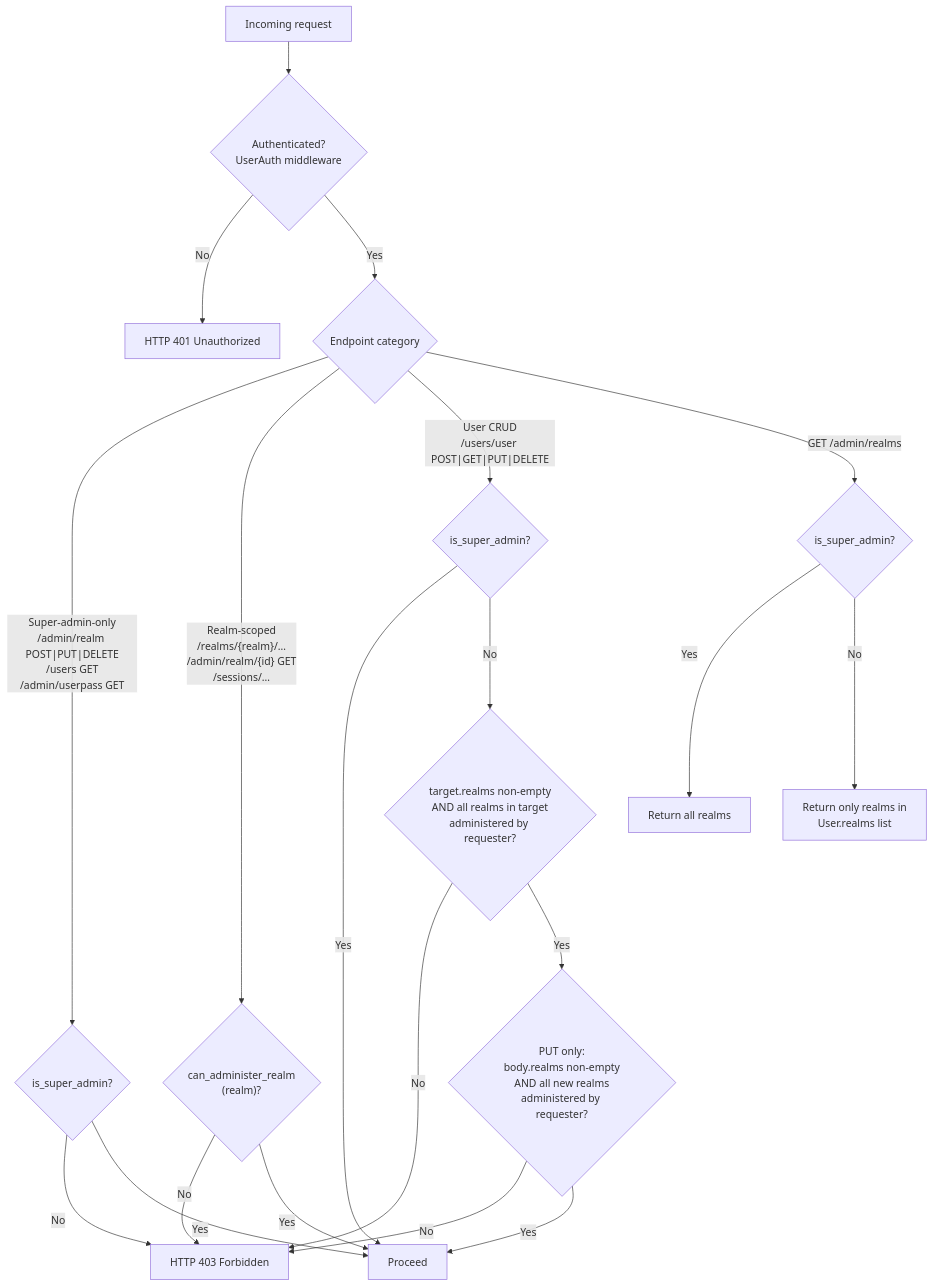
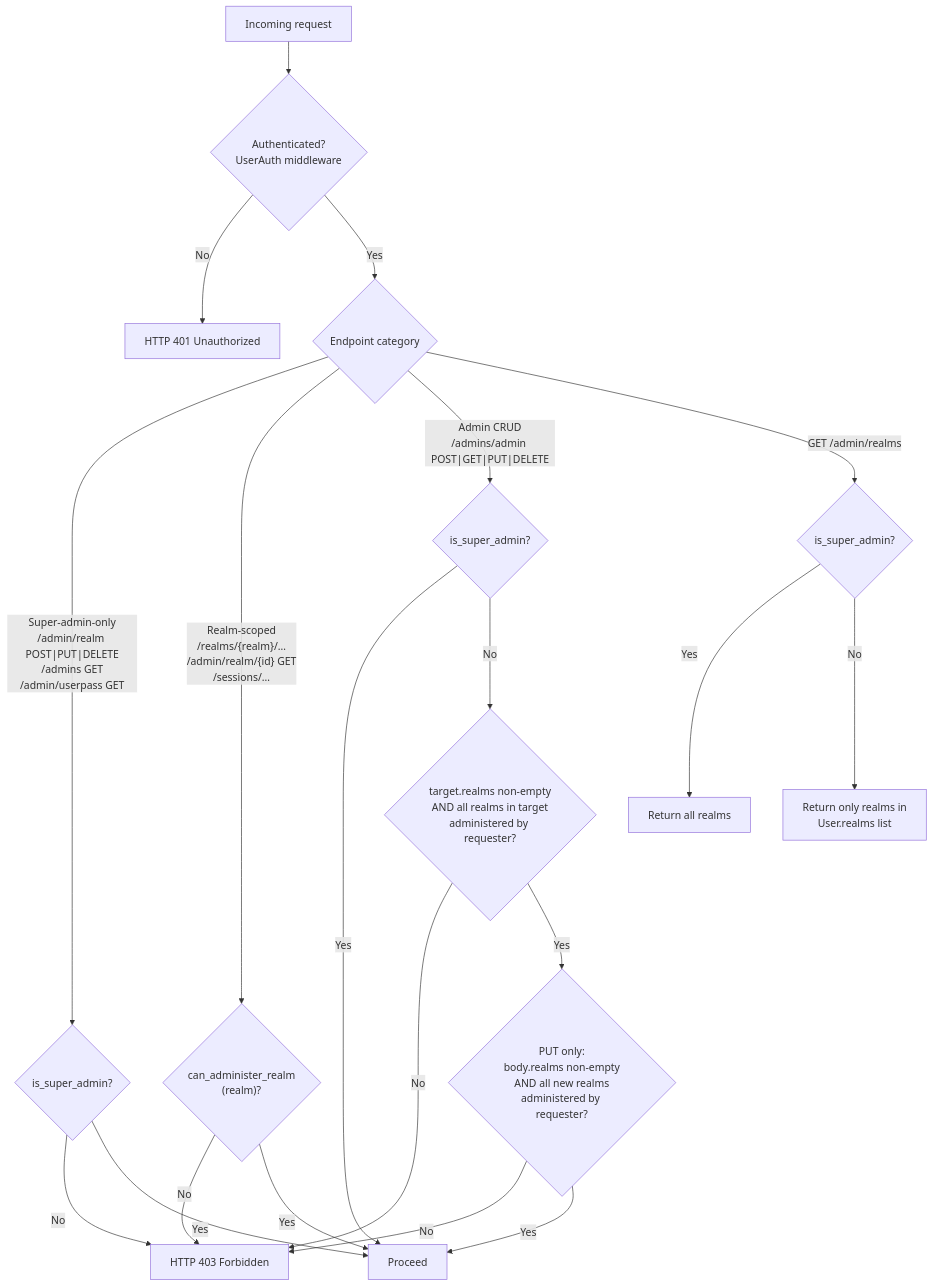
One commit to Cosmian/authentication changed the second of 3 diagrams in server/documentation/authorization_and_administration.md. Above: the diagram before and after it, drawn with Mermaid. The commit also changed other lines of this file and 28 other files, not shown here.

Commit message:
Changed concept User to Admin

````diff
--- a/server/documentation/authorization_and_administration.md
+++ b/server/documentation/authorization_and_administration.md
@@ -66,26 +66,26 @@
 ```mermaid
 flowchart TD
     A[Incoming request] --> B{Authenticated?\nUserAuth middleware}
     B -- No --> Z[HTTP 401 Unauthorized]
     B -- Yes --> C{Endpoint category}
 
-    C -- "Super-admin-only\n/admin/realm POST|PUT|DELETE\n/users GET\n/admin/userpass GET" --> D{is_super_admin?}
+    C -- "Super-admin-only\n/admin/realm POST|PUT|DELETE\n/admins GET\n/admin/userpass GET" --> D{is_super_admin?}
     D -- No --> E[HTTP 403 Forbidden]
     D -- Yes --> F[Proceed]
 
     C -- "Realm-scoped\n/realms/{realm}/…\n/admin/realm/{id} GET\n/sessions/…" --> G{"can_administer_realm\n(realm)?"}
     G -- No --> E
     G -- Yes --> F
 
-    C -- "User CRUD\n/users/user POST|GET|PUT|DELETE" --> SA{is_super_admin?}
+    C -- "Admin CRUD\n/admins/admin POST|GET|PUT|DELETE" --> SA{is_super_admin?}
     SA -- Yes --> F
     SA -- No --> OWN{"target.realms non-empty\nAND all realms in target\nadministered by requester?"}
     OWN -- No --> E
     OWN -- Yes --> PUTCHECK{"PUT only:\nbody.realms non-empty\nAND all new realms\nadministered by requester?"}
     PUTCHECK -- No --> E
     PUTCHECK -- Yes --> F
 
     C -- "GET /admin/realms" --> H{is_super_admin?}
     H -- Yes --> I[Return all realms]
     H -- No --> J["Return only realms in\nUser.realms list"]
 ```
````
